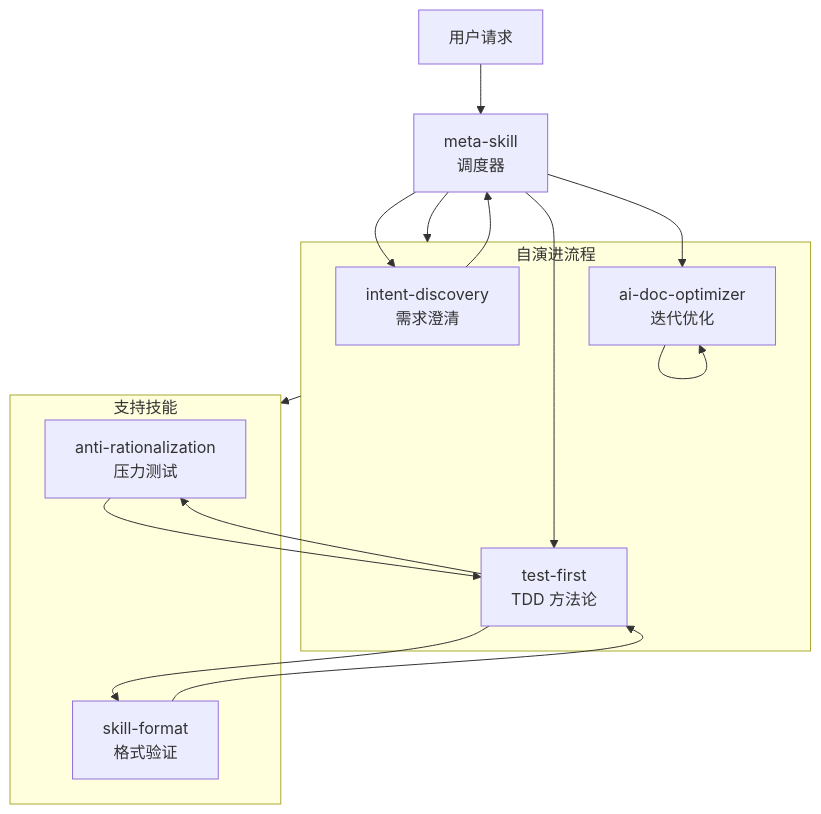
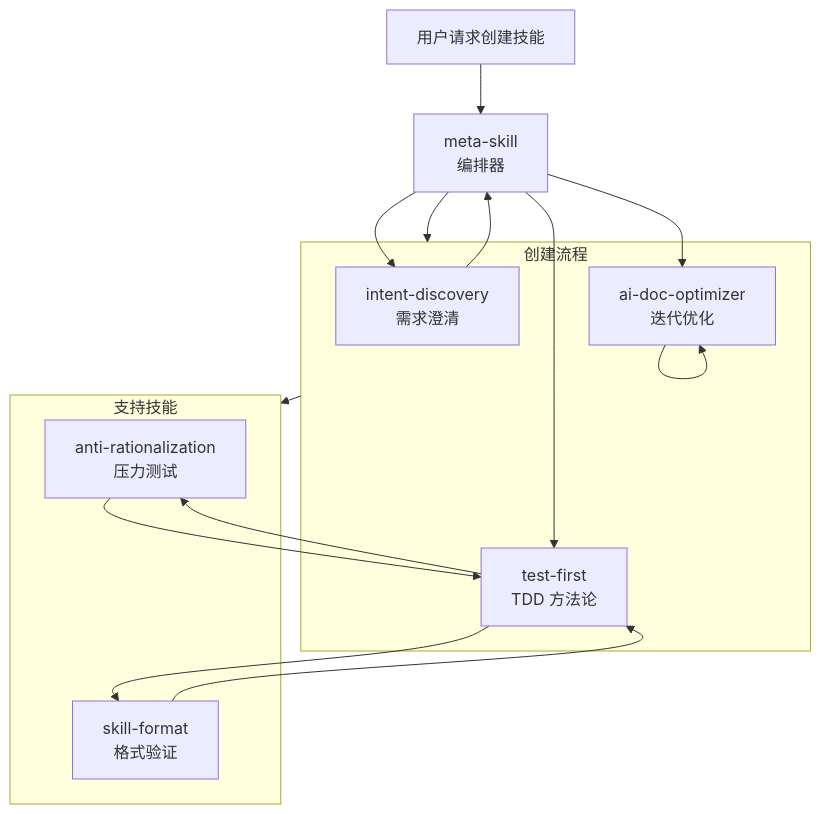
One commit to Z-JaDe/meta-skill changed the diagram in README_CN.md. Above: the diagram before and after it, drawn with Mermaid. The commit also changed other lines of this file and 2 other files, not shown here.

First line of the commit message:
docs: clarify meta-skill architecture and skill library structure

````diff
--- a/README_CN.md
+++ b/README_CN.md
@@ -45,30 +59,30 @@
 ```mermaid
 flowchart TB
-    User[用户请求] --> Meta[meta-skill<br/>调度器]
-    
+    User[用户请求创建技能] --> Meta[meta-skill<br/>编排器]
+
     Meta --> ID[intent-discovery<br/>需求澄清]
     ID --> Meta
-    
+
     Meta --> TF[test-first<br/>TDD 方法论]
     TF --> AR[anti-rationalization<br/>压力测试]
     AR --> TF
     TF --> SF[skill-format<br/>格式验证]
     SF --> TF
-    
+
     Meta --> AO[ai-doc-optimizer<br/>迭代优化]
     AO --> AO
-    
-    subgraph Flow[自演进流程]
+
+    subgraph Flow[创建流程]
         ID
         TF
         AO
     end
-    
+
     subgraph Support[支持技能]
         AR
         SF
     end
-    
+
     Meta --> Flow
     Flow --> Support
 ```
````
